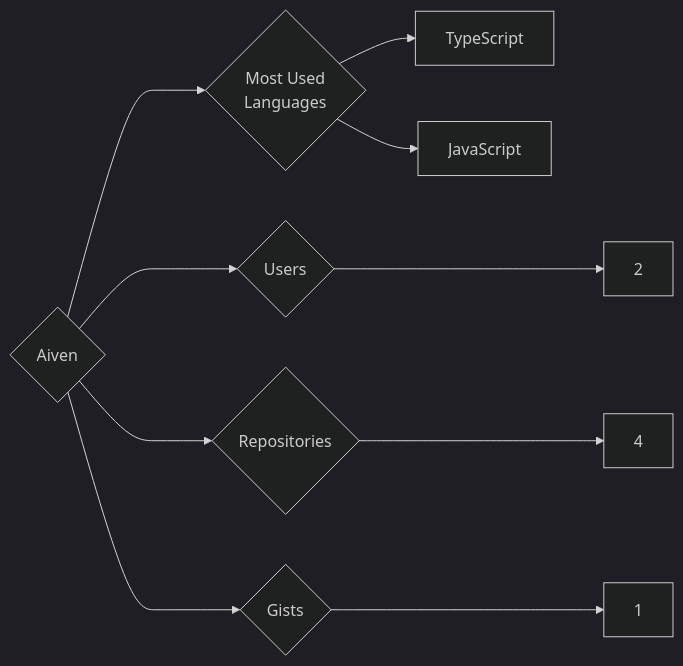
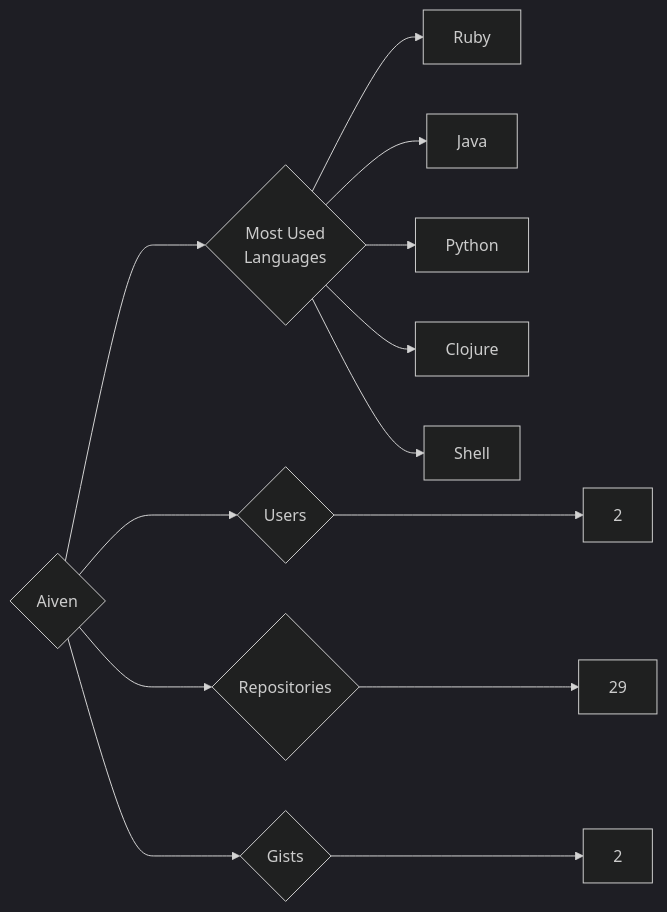
The diagram in targets/Aiven/README.md (trickest/insiders), drawn with Mermaid (dark theme) before and after one commit. The commit also changed 1007 other files, not shown here.

````diff
--- a/targets/Aiven/README.md
+++ b/targets/Aiven/README.md
@@ -3,10 +3,13 @@
 ```mermaid
 graph LR
 COMPANY_NAME{Aiven}
 COMPANY_NAME ---> U{Users} ---> UN[2]
-COMPANY_NAME ---> R{Repositories} ---> RN[4]
-COMPANY_NAME ---> G{Gists} ---> GN[1]
+COMPANY_NAME ---> R{Repositories} ---> RN[29]
+COMPANY_NAME ---> G{Gists} ---> GN[2]
 COMPANY_NAME ---> ML{Most Used<br>Languages}
-ML --> TypeScript[TypeScript]
-ML --> JavaScript[JavaScript]
+ML --> Ruby[Ruby]
+ML --> Java[Java]
+ML --> Python[Python]
+ML --> Clojure[Clojure]
+ML --> Shell[Shell]
 ```
````
